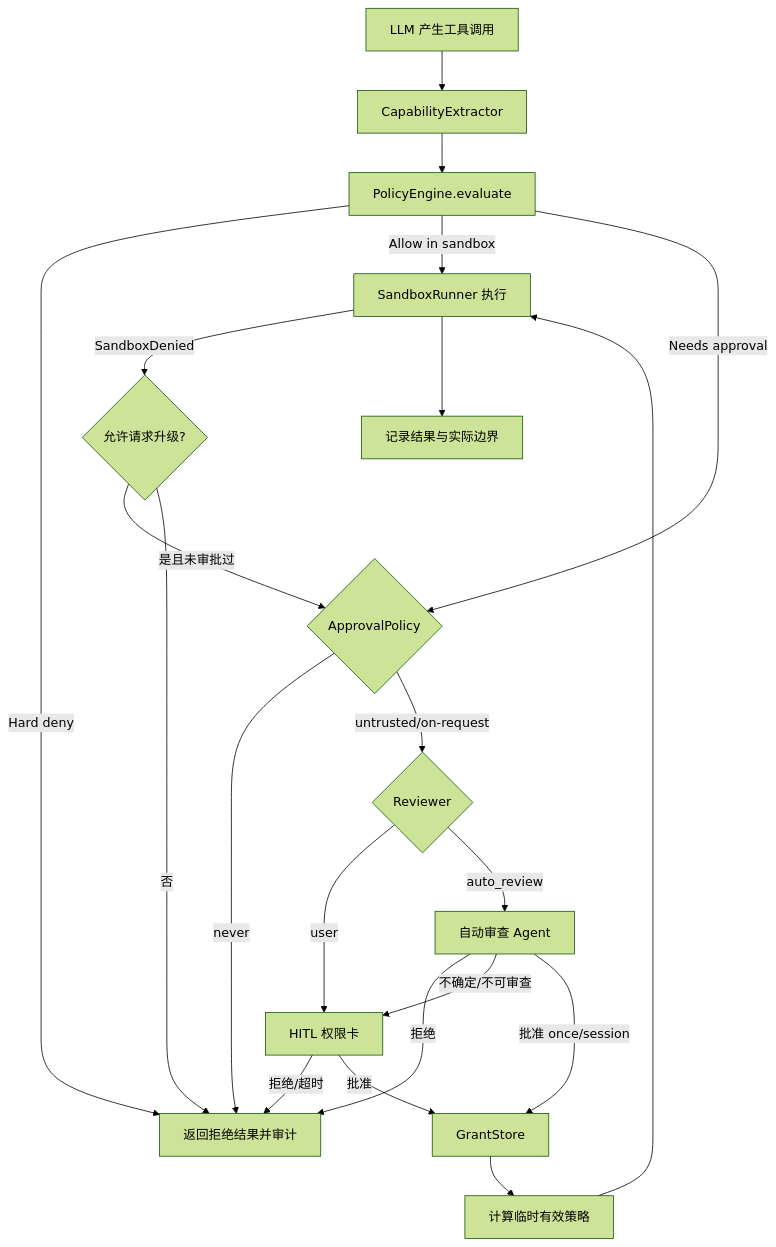
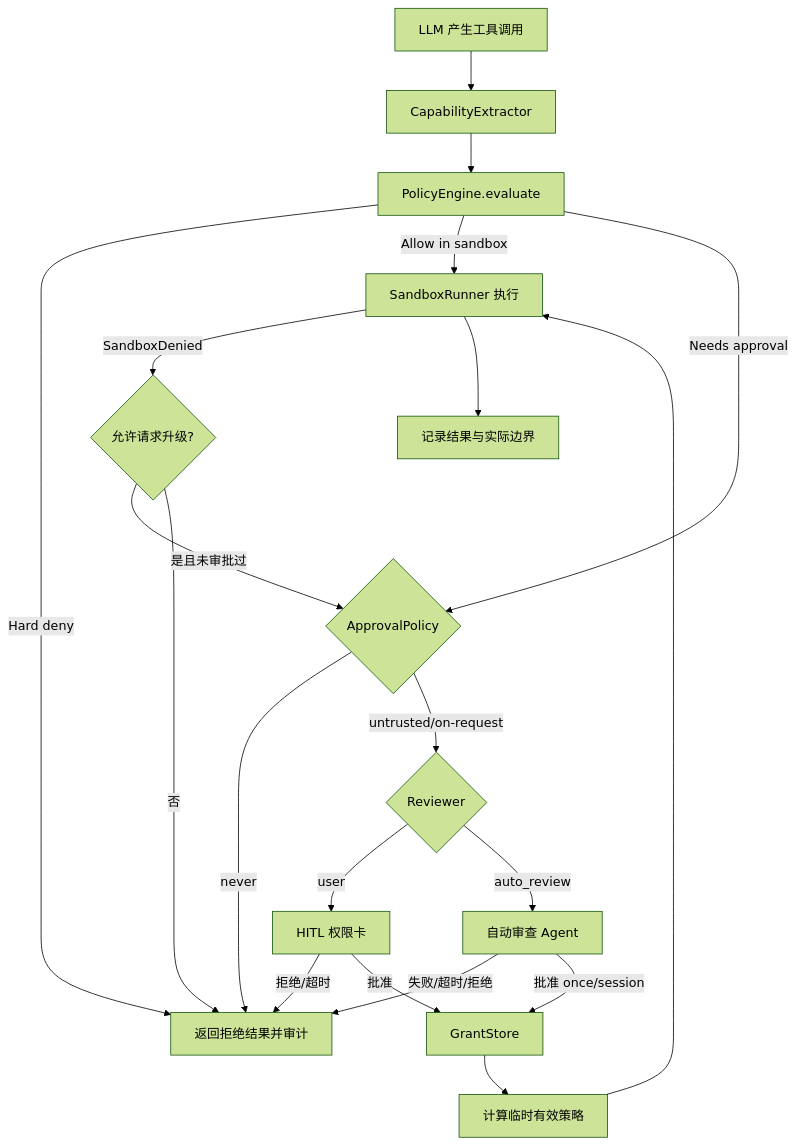
The diagram in docs/superpowers/specs/2026-08-16-codex-sandbox-permissions-design.md (yutayouguan/astro-harness), drawn with Mermaid (forest theme) before and after one commit. The commit also changed other lines of this file, not shown here.

````diff
--- a/docs/superpowers/specs/2026-08-16-codex-sandbox-permissions-design.md
+++ b/docs/superpowers/specs/2026-08-16-codex-sandbox-permissions-design.md
@@ -235,23 +268,22 @@
 ```mermaid
 flowchart TD
   A[LLM 产生工具调用] --> B[CapabilityExtractor]
   B --> C[PolicyEngine.evaluate]
   C -->|Hard deny| D[返回拒绝结果并审计]
   C -->|Allow in sandbox| E[SandboxRunner 执行]
   C -->|Needs approval| F{ApprovalPolicy}
   F -->|never| D
   F -->|untrusted/on-request| G{Reviewer}
   G -->|user| H[HITL 权限卡]
   G -->|auto_review| I[自动审查 Agent]
-  I -->|拒绝| D
-  I -->|不确定/不可审查| H
+  I -->|失败/超时/拒绝| D
   I -->|批准 once/session| J[GrantStore]
   H -->|拒绝/超时| D
   H -->|批准| J
   J --> K[计算临时有效策略]
   K --> E
   E -->|SandboxDenied| L{允许请求升级?}
   L -->|是且未审批过| F
   L -->|否| D
   E --> M[记录结果与实际边界]
 ```
````
